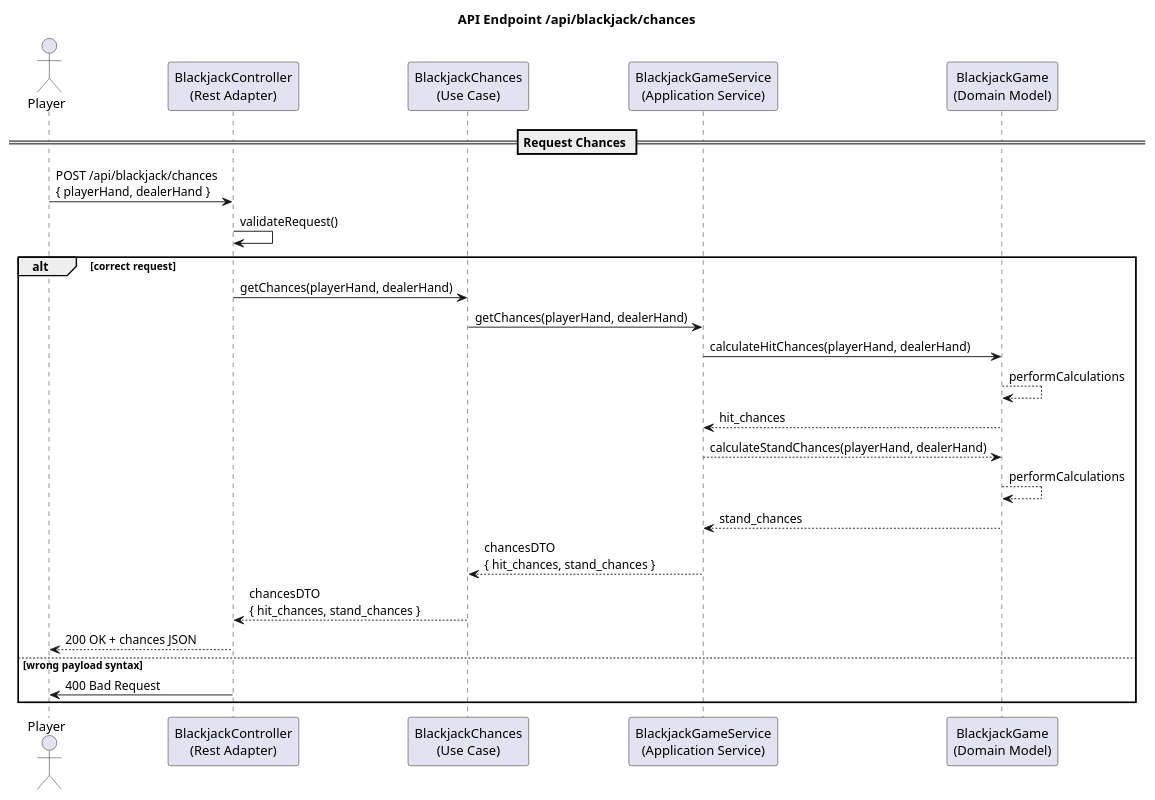
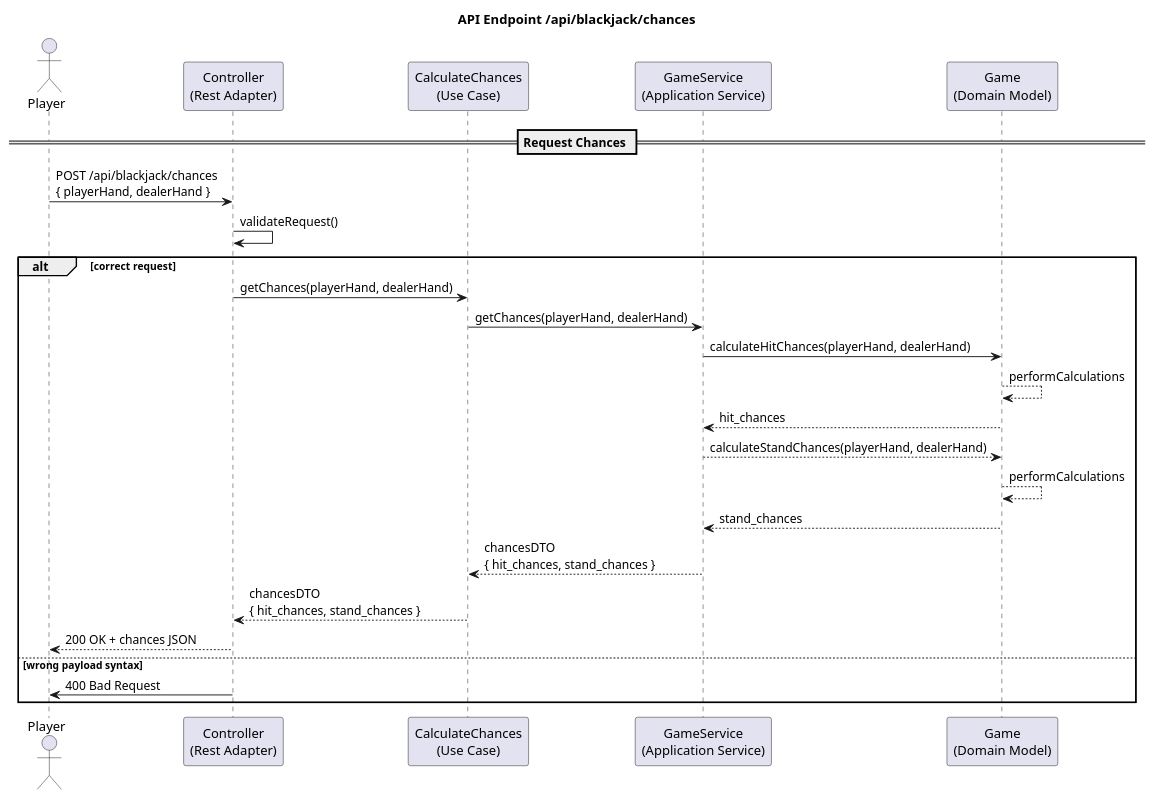
The diagram in docs/uml/sequence_diagram_chances.puml (voelkerh/Blackjack), drawn with PlantUML before and after one commit.

Commit message:
Adjust participant names according to review suggestions

```diff
--- a/docs/uml/sequence_diagram_chances.puml
+++ b/docs/uml/sequence_diagram_chances.puml
@@ -1,32 +1,32 @@
 @startuml
 title API Endpoint /api/blackjack/chances
 actor Player
 
-participant "BlackjackController\n(Rest Adapter)" as Controller
-participant "BlackjackChances\n(Use Case)" as UseCase
-participant "BlackjackGameService\n(Application Service)" as Service
-participant "BlackjackGame\n(Domain Model)" as Domain
+participant "Controller\n(Rest Adapter)" as Controller
+participant "CalculateChances\n(Use Case)" as UseCase
+participant "GameService\n(Application Service)" as Service
+participant "Game\n(Domain Model)" as Domain
 
 == Request Chances ==
 
 Player -> Controller : POST /api/blackjack/chances\n{ playerHand, dealerHand }
 Controller -> Controller : validateRequest()
 
 alt correct request
     Controller -> UseCase : getChances(playerHand, dealerHand)
     UseCase -> Service : getChances(playerHand, dealerHand)
     Service -> Domain : calculateHitChances(playerHand, dealerHand)
     Domain --> Domain : performCalculations
     Domain --> Service : hit_chances
     Service --> Domain : calculateStandChances(playerHand, dealerHand)
     Domain --> Domain : performCalculations
     Domain --> Service : stand_chances
     Service --> UseCase : chancesDTO\n{ hit_chances, stand_chances }
     UseCase --> Controller : chancesDTO\n{ hit_chances, stand_chances }
     Controller --> Player : 200 OK + chances JSON
 
 else wrong payload syntax
     Controller -> Player : 400 Bad Request
 end
 
 @enduml
```
